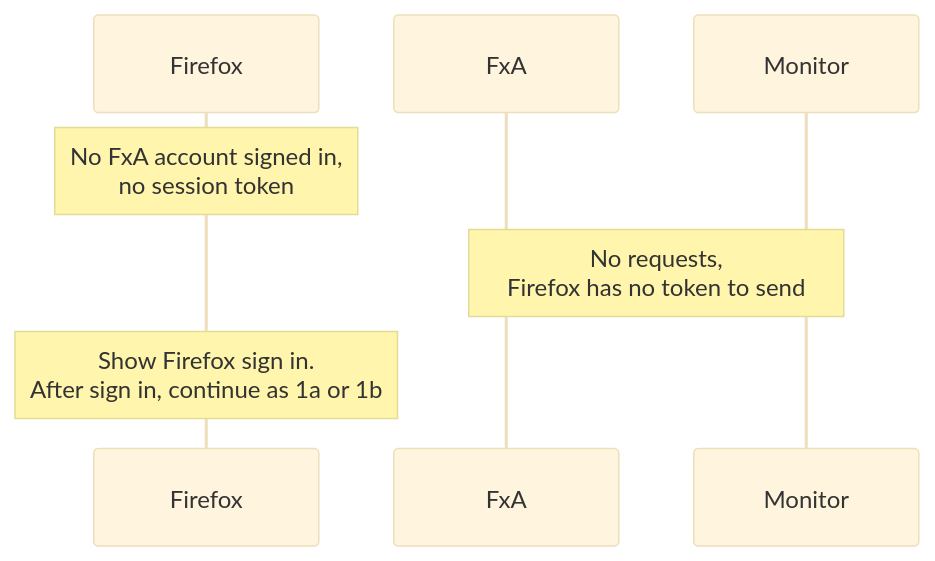
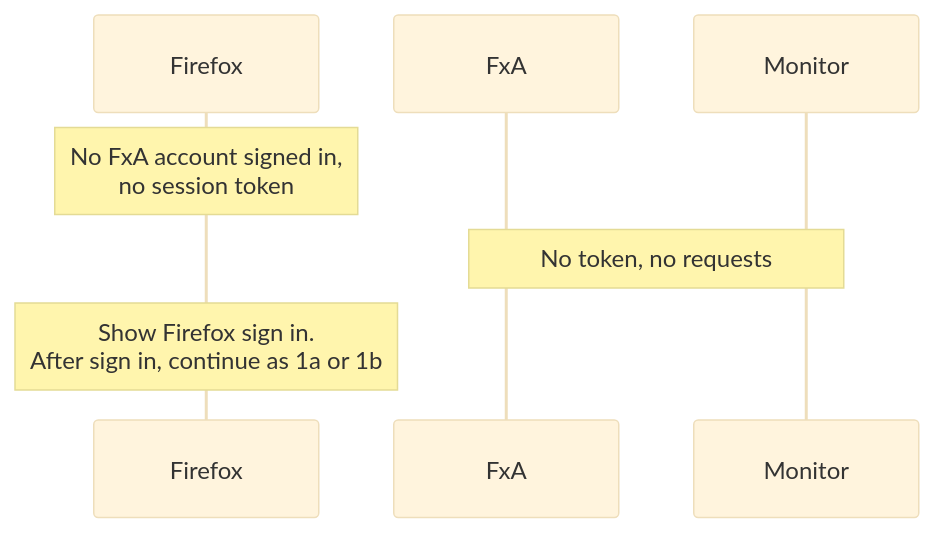
Before and after one commit to mozilla/blurts-server: the third of 3 diagrams in docs/architecture/flows/firefox-api-auth.md, drawn with Mermaid (base theme). The commit also changed other lines of this file, not shown here.

First line of the commit message:
docs(fx-api): align legacy auth flows with FxA feedback

````diff
--- a/docs/architecture/flows/firefox-api-auth.md
+++ b/docs/architecture/flows/firefox-api-auth.md
@@ -81,10 +83,10 @@
 ```mermaid
 sequenceDiagram
     participant FE as Firefox
     participant FxA
     participant BE as Monitor
 
     Note over FE: No FxA account signed in,<br/>no session token
-    Note over FxA,BE: No requests,<br/>Firefox has no token to send
+    Note over FxA,BE: No token, no requests
     Note over FE: Show Firefox sign in.<br/>After sign in, continue as 1a or 1b
 ```
````
